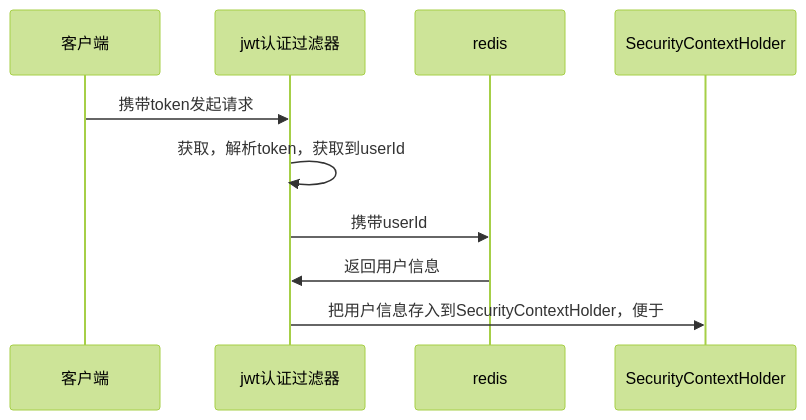
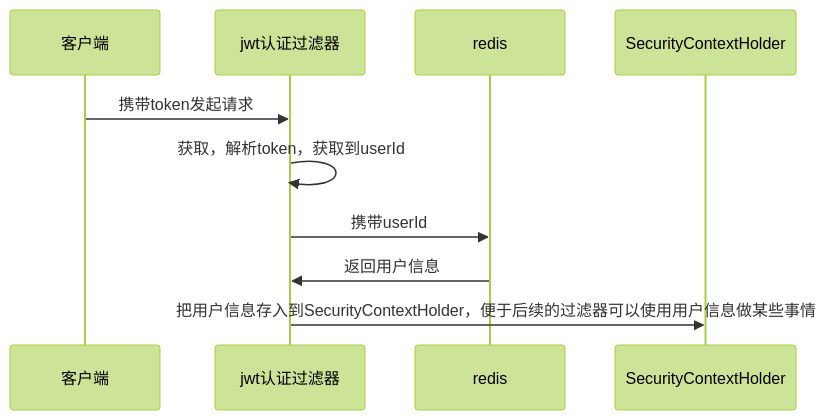
Before and after one commit to poppop9/obsidian: the fifth of 5 diagrams in 计算机/JavaWeb/后端/Spring Security.md, drawn with Mermaid (forest theme). The commit also changed other lines of this file and 3 other files, not shown here.

````diff
--- a/计算机/JavaWeb/后端/Spring Security.md
+++ b/计算机/JavaWeb/后端/Spring Security.md
@@ -99,13 +99,13 @@
 ```mermaid
 sequenceDiagram
 	participant K AS 客户端
 	participant J AS jwt认证过滤器
 	participant R AS redis
 	participant S AS SecurityContextHolder
 
 	K->>J: 携带token发起请求
 	J->>J: 获取，解析token，获取到userId
 	J->>R: 携带userId
 	R->>J: 返回用户信息
-	J->>S: 把用户信息存入到SecurityContextHolder，便于
+	J->>S: 把用户信息存入到SecurityContextHolder，便于后续的过滤器可以使用用户信息做某些事情
 ```
````
